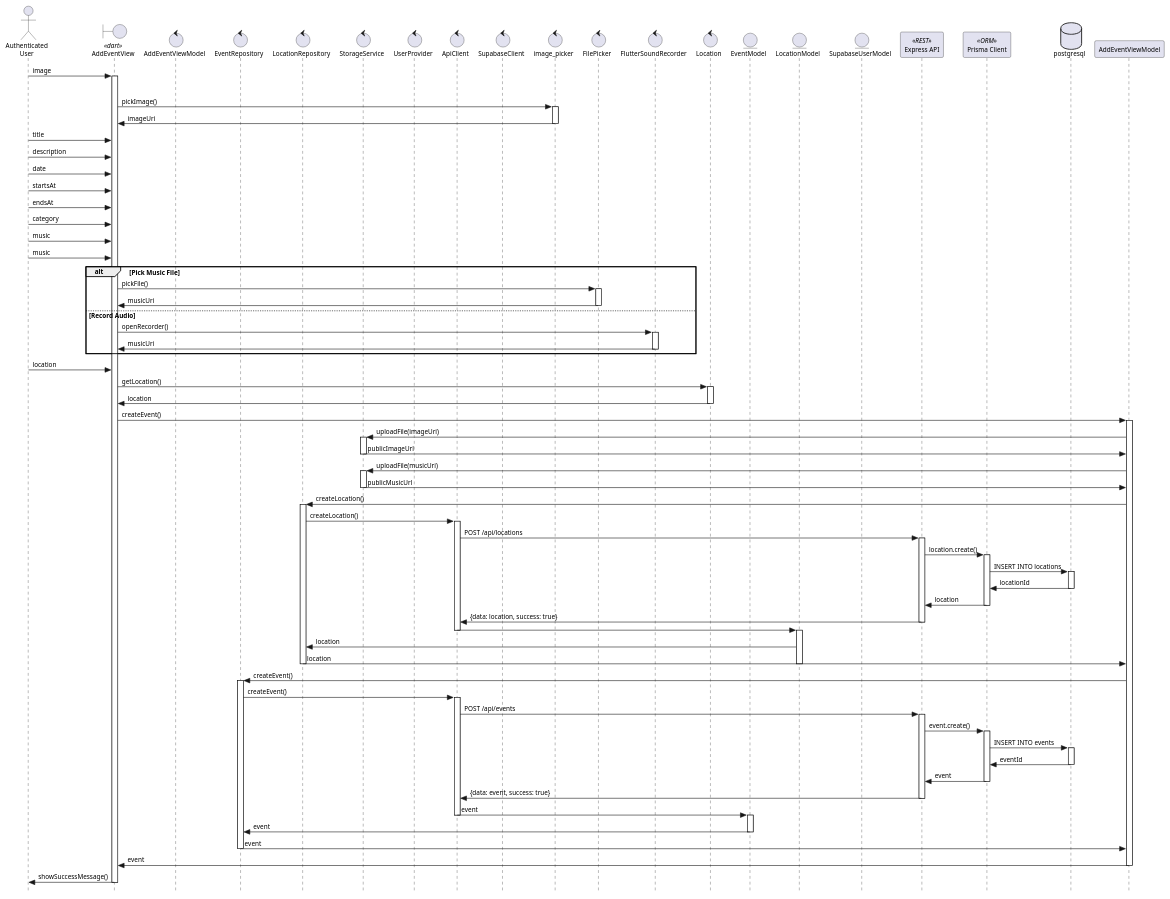
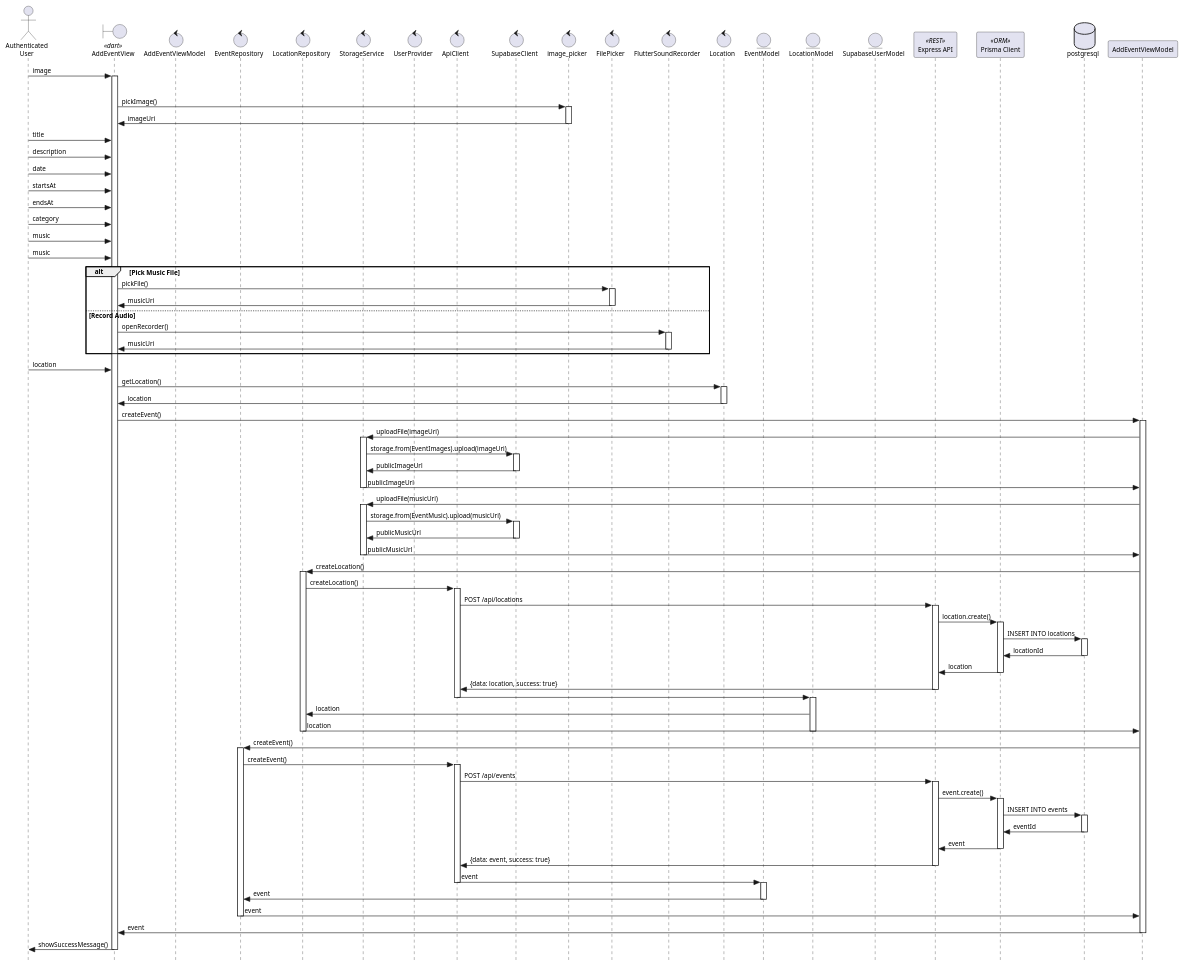
Before and after one commit to valeraruggierotesisucv/tesis-frameworks-mobile-diagrams: the diagram in Diseño/Flutter/UC 6 Diseño/InteractionSequenceDiagram.plantuml, drawn with PlantUML. The commit also changed 10 other files, not shown here.

First line of the commit message:
Update interaction sequence diagrams with Supabase storage upload details

```diff
--- a/Diseño/Flutter/UC 6 Diseño/InteractionSequenceDiagram.plantuml
+++ b/Diseño/Flutter/UC 6 Diseño/InteractionSequenceDiagram.plantuml
@@ -1,148 +1,156 @@
 @startuml
 skinparam style strictuml
 skinparam defaultFontSize 11
 skinparam stereotypePosition top
 
 actor "Authenticated\nUser" as AuthenticatedUser
 
 boundary "AddEventView" as AddEventView << dart >>
 
 control "AddEventViewModel" as AddEventController
 
 control "EventRepository" as EventRepository
 control "LocationRepository" as LocationRepository
 control "StorageService" as StorageService
 control "UserProvider" as UserProvider
 control "ApiClient" as ApiClient
 control "SupabaseClient" as SupabaseClient
 
 control "image_picker" as imagePicker
 control "FilePicker" as FilePicker
 control "FlutterSoundRecorder" as FlutterSoundRecorder
 control "Location" as Location
 
 entity "EventModel" as EventModel
 entity "LocationModel" as LocationModel
 entity "SupabaseUserModel" as SupabaseUserModel
 
 participant "Express API" as API << REST >>
 participant "Prisma Client" as prisma << ORM >>
 database postgresql
 
 
 AuthenticatedUser -> AddEventView : image
 
 alt Pick Image
 activate AddEventView
 AddEventView -> imagePicker : pickImage()
 activate imagePicker
 imagePicker -> AddEventView : imageUri
 deactivate imagePicker
 
 AuthenticatedUser -> AddEventView : title
 AuthenticatedUser -> AddEventView : description
 AuthenticatedUser -> AddEventView : date
 AuthenticatedUser -> AddEventView : startsAt
 AuthenticatedUser -> AddEventView : endsAt
 AuthenticatedUser -> AddEventView : category
 AuthenticatedUser -> AddEventView : music
 
 
 AuthenticatedUser -> AddEventView : music
 alt Pick Music File
     AddEventView -> FilePicker : pickFile()
     activate FilePicker
     FilePicker -> AddEventView : musicUri
     deactivate FilePicker
 else Record Audio
     AddEventView -> FlutterSoundRecorder : openRecorder()
     activate FlutterSoundRecorder
     FlutterSoundRecorder -> AddEventView : musicUri
     deactivate FlutterSoundRecorder
 end
 
 AuthenticatedUser -> AddEventView : location
 AddEventView -> Location : getLocation()
 activate Location
 Location -> AddEventView : location
 deactivate Location
 
 AddEventView -> AddEventViewModel : createEvent()
 activate AddEventViewModel
 AddEventViewModel -> StorageService : uploadFile(imageUri)
 activate StorageService
+StorageService -> SupabaseClient : storage.from(EventImages).upload(imageUri)
+activate SupabaseClient
+SupabaseClient -> StorageService : publicImageUrl
+deactivate SupabaseClient
 StorageService -> AddEventViewModel : publicImageUrl
 deactivate StorageService
 
 AddEventViewModel -> StorageService : uploadFile(musicUri)
 activate StorageService
+StorageService -> SupabaseClient : storage.from(EventMusic).upload(musicUri)
+activate SupabaseClient
+SupabaseClient -> StorageService : publicMusicUrl
+deactivate SupabaseClient
 StorageService -> AddEventViewModel : publicMusicUrl
 deactivate StorageService
 
 AddEventViewModel -> LocationRepository : createLocation()
 activate LocationRepository
 LocationRepository -> ApiClient : createLocation()
 
 activate ApiClient
 
 ApiClient -> API : POST /api/locations
 activate API
 API -> prisma : location.create()
 activate prisma
 prisma -> postgresql : INSERT INTO locations
 activate postgresql
 postgresql -> prisma : locationId
 deactivate postgresql
 prisma -> API : location
 deactivate prisma
 API -> ApiClient : {data: location, success: true}
 deactivate API
 ApiClient -> LocationModel
 deactivate ApiClient
 activate LocationModel
 
 LocationModel -> LocationRepository : location
 LocationRepository -> AddEventViewModel : location
 deactivate LocationModel
 deactivate LocationRepository
 
 AddEventViewModel -> EventRepository : createEvent()
 activate EventRepository
 EventRepository -> ApiClient : createEvent()
 activate ApiClient
 ApiClient -> API : POST /api/events
 activate API
 API -> prisma : event.create()
 activate prisma
 prisma -> postgresql : INSERT INTO events
 activate postgresql
 postgresql -> prisma : eventId
 deactivate postgresql
 prisma -> API : event
 deactivate prisma
 API -> ApiClient : {data: event, success: true}
 deactivate API
 ApiClient -> EventModel : event
 deactivate ApiClient
 activate EventModel
 EventModel -> EventRepository : event
 deactivate EventModel
 EventRepository -> AddEventViewModel : event
 deactivate EventRepository
 
 AddEventViewModel -> AddEventView : event
 deactivate AddEventViewModel
 AddEventView -> AuthenticatedUser : showSuccessMessage()
 deactivate AddEventView
 
 
 
 
 
 
 
 
 
 
 
 @enduml
```
